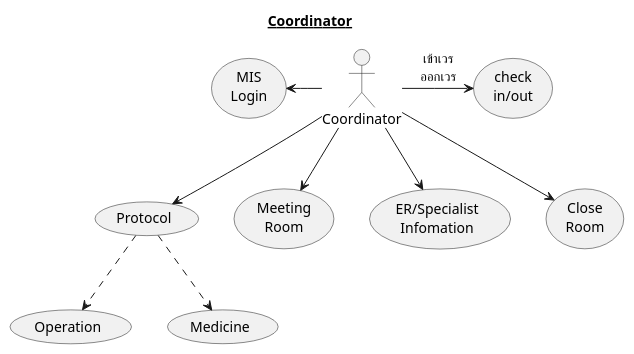
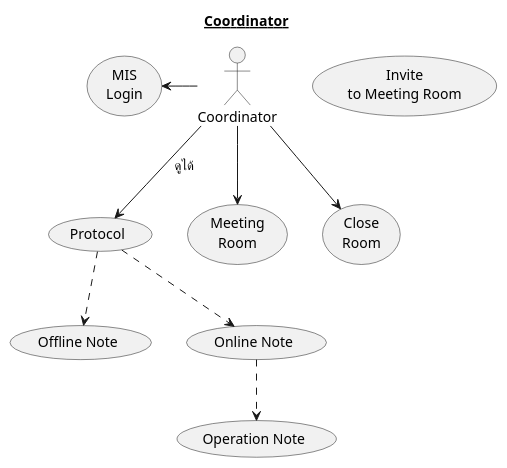
One commit to lionants02/mis-api-doc changed the diagram in uml/scenario_Coordinator.plantuml. Above: the diagram before and after it, drawn with PlantUML. The commit also changed 11 other files, not shown here.

```diff
--- a/uml/scenario_Coordinator.plantuml
+++ b/uml/scenario_Coordinator.plantuml
@@ -1,24 +1,23 @@
 @startuml
 Title __Coordinator__
   :Coordinator: as Coordinator
 
   usecase (Protocol) as Protocol
-  usecase (Operation) as Ops
-  usecase (Medicine) as Med
-  Protocol ..> Ops
-  Protocol ..> Med
+  usecase (Offline Note) as Offline
+  usecase (Online Note) as Online
+  usecase (Operation Note) as Ops
+  Protocol ..> Offline
+  Protocol ..> Online
+  Online ..> Ops
 
   usecase (MIS\nLogin) as MISLogin
-  usecase (check\nin/out) as checkIn
   usecase (Meeting\nRoom) as MeetingRoom
-  usecase (ER/Specialist\nInfomation) as ERSpecialistInfomation
   usecase (Close\nRoom) as CloseRoom
+  usecase (Invite\nto Meeting Room) as InviteToMeetingRoom
 
-  Coordinator -right-> checkIn : เข้าเวร\nออกเวร
   Coordinator -left-> MISLogin
   Coordinator --> MeetingRoom
-  Coordinator --> ERSpecialistInfomation
   Coordinator --> CloseRoom
-  Coordinator --> Protocol
+  Coordinator --> Protocol : ดูได้
 
 @enduml
```
